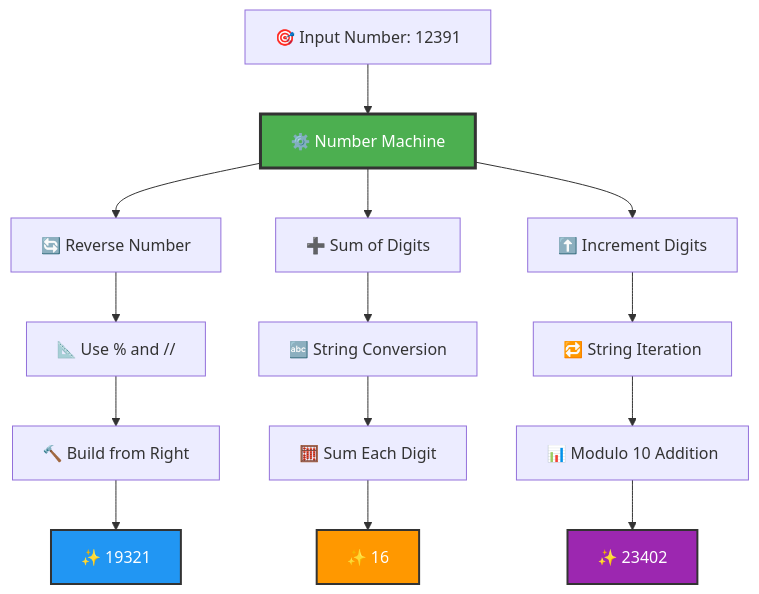
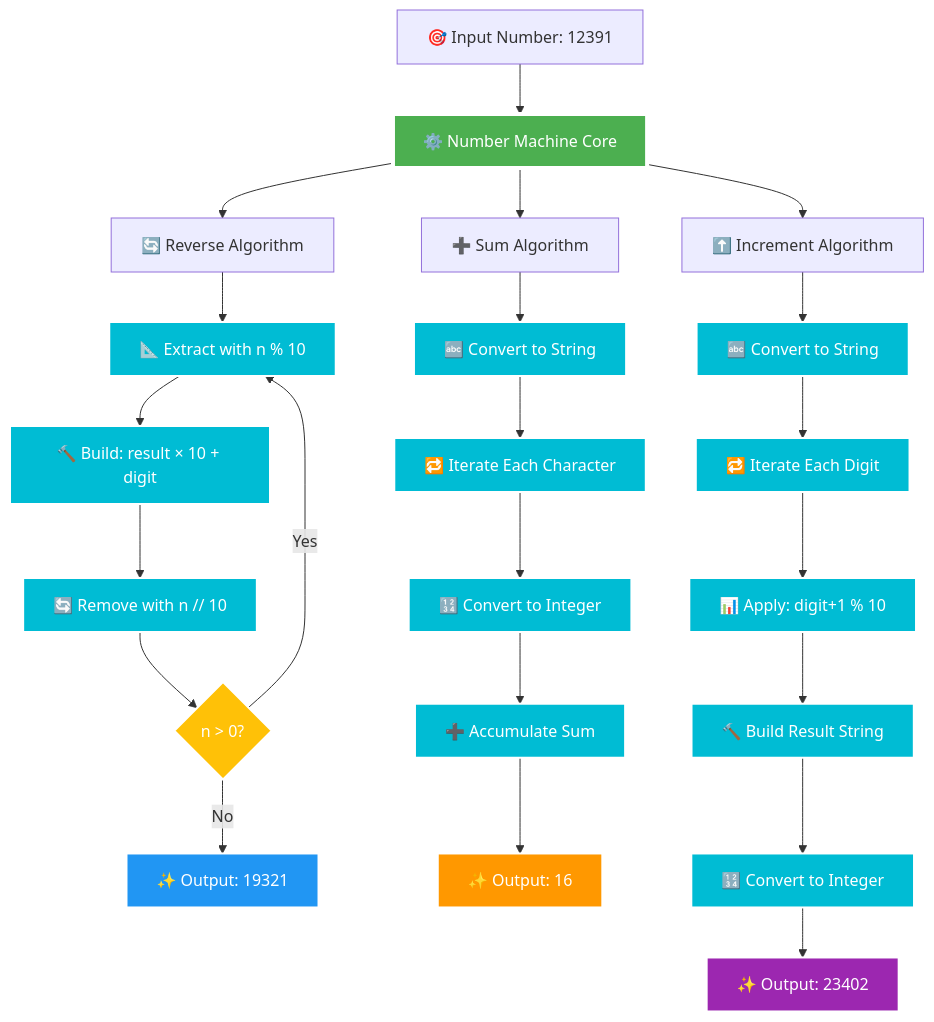
Before and after one commit to LuthandoCandlovu/sarao-technical-challenge: the diagram in project-4/README.md, drawn with Mermaid. The commit also changed other lines of this file, not shown here.

````diff
--- a/project-4/README.md
+++ b/project-4/README.md
@@ -65,25 +141,39 @@
 ```mermaid
 graph TB
-    A[🎯 Input Number: 12391] --> B[⚙️ Number Machine]
+    A[🎯 Input Number: 12391] --> B[⚙️ Number Machine Core]
 
-    B --> C[🔄 Reverse Number]
-    B --> D[➕ Sum of Digits]
-    B --> E[⬆️ Increment Digits]
+    B --> C[🔄 Reverse Algorithm]
+    B --> D[➕ Sum Algorithm]
+    B --> E[⬆️ Increment Algorithm]
 
-    C --> C1[📐 Use % and //]
-    C1 --> C2[🔨 Build from Right]
-    C2 --> C3[✨ 19321]
+    C --> C1[📐 Extract with n % 10]
+    C1 --> C2[🔨 Build: result × 10 + digit]
+    C2 --> C3[🔄 Remove with n // 10]
+    C3 --> C4{n > 0?}
+    C4 -->|Yes| C1
+    C4 -->|No| C5[✨ Output: 19321]
 
-    D --> D1[🔤 String Conversion]
-    D1 --> D2[🧮 Sum Each Digit]
-    D2 --> D3[✨ 16]
+    D --> D1[🔤 Convert to String]
+    D1 --> D2[🔁 Iterate Each Character]
+    D2 --> D3[🔢 Convert to Integer]
+    D3 --> D4[➕ Accumulate Sum]
+    D4 --> D5[✨ Output: 16]
 
-    E --> E1[🔁 String Iteration]
-    E1 --> E2[📊 Modulo 10 Addition]
-    E2 --> E3[✨ 23402]
+    E --> E1[🔤 Convert to String]
+    E1 --> E2[🔁 Iterate Each Digit]
+    E2 --> E3[📊 Apply: digit+1 % 10]
+    E3 --> E4[🔨 Build Result String]
+    E4 --> E5[🔢 Convert to Integer]
+    E5 --> E6[✨ Output: 23402]
 
-    style B fill:#4CAF50,stroke:#333,stroke-width:3px,color:#fff
-    style C3 fill:#2196F3,stroke:#333,stroke-width:2px,color:#fff
-    style D3 fill:#FF9800,stroke:#333,stroke-width:2px,color:#fff
-    style E3 fill:#9C27B0,stroke:#333,stroke-width:2px,color:#fff
+    style B fill:#4CAF50,stroke:#fff,stroke-width:4px,color:#fff
+    style C5 fill:#2196F3,stroke:#fff,stroke-width:2px,color:#fff
+    style D5 fill:#FF9800,stroke:#fff,stroke-width:2px,color:#fff
+    style E6 fill:#9C27B0,stroke:#fff,stroke-width:2px,color:#fff
+    
+    classDef processStyle fill:#00BCD4,stroke:#fff,stroke-width:2px,color:#fff
+    classDef checkStyle fill:#FFC107,stroke:#fff,stroke-width:2px,color:#fff
+    
+    class C1,C2,C3,D1,D2,D3,D4,E1,E2,E3,E4,E5 processStyle
+    class C4 checkStyle
 ```
````
